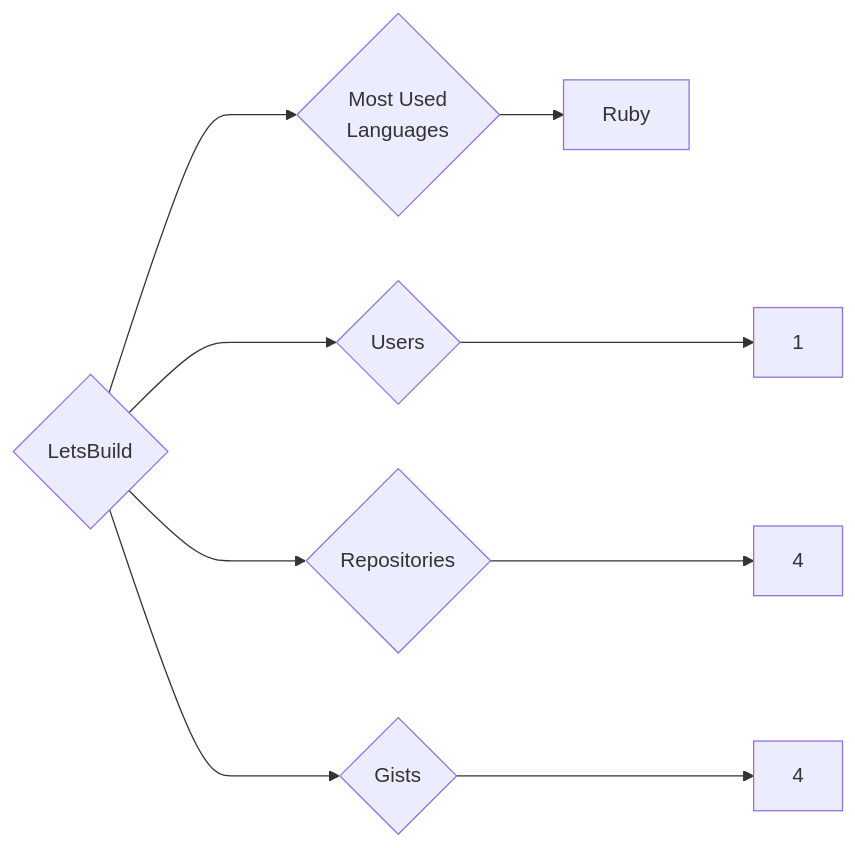
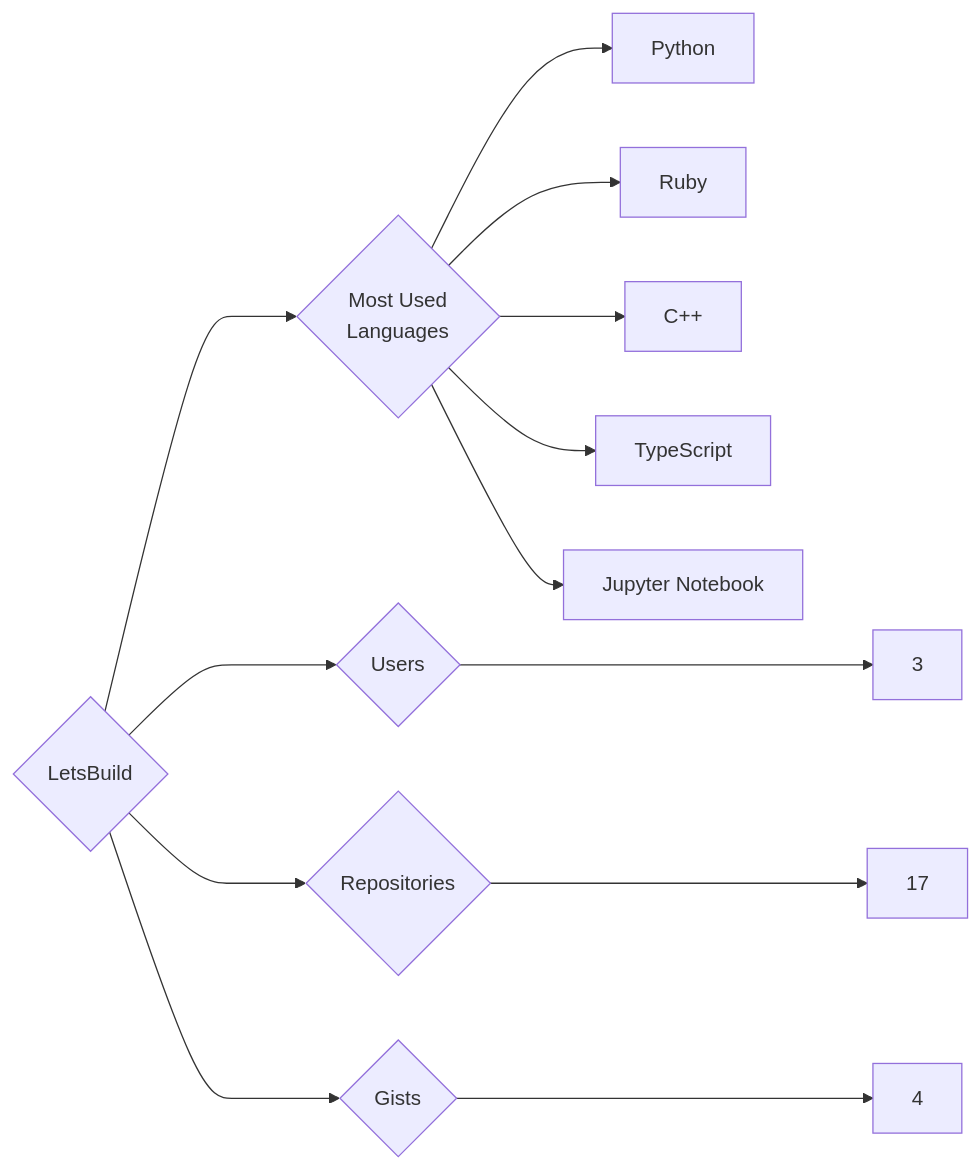
One commit to trickest/insiders changed the diagram in targets/LetsBuild/README.md. Above: the diagram before and after it, drawn with Mermaid. The commit also changed 1084 other files, not shown here.

````diff
--- a/targets/LetsBuild/README.md
+++ b/targets/LetsBuild/README.md
@@ -3,9 +3,13 @@
 ```mermaid
 graph LR
 COMPANY_NAME{LetsBuild}
-COMPANY_NAME ---> U{Users} ---> UN[1]
-COMPANY_NAME ---> R{Repositories} ---> RN[4]
+COMPANY_NAME ---> U{Users} ---> UN[3]
+COMPANY_NAME ---> R{Repositories} ---> RN[17]
 COMPANY_NAME ---> G{Gists} ---> GN[4]
 COMPANY_NAME ---> ML{Most Used<br>Languages}
+ML --> Python[Python]
 ML --> Ruby[Ruby]
+ML --> C++[C++]
+ML --> TypeScript[TypeScript]
+ML --> Jupyter_Notebook[Jupyter Notebook]
 ```
````
